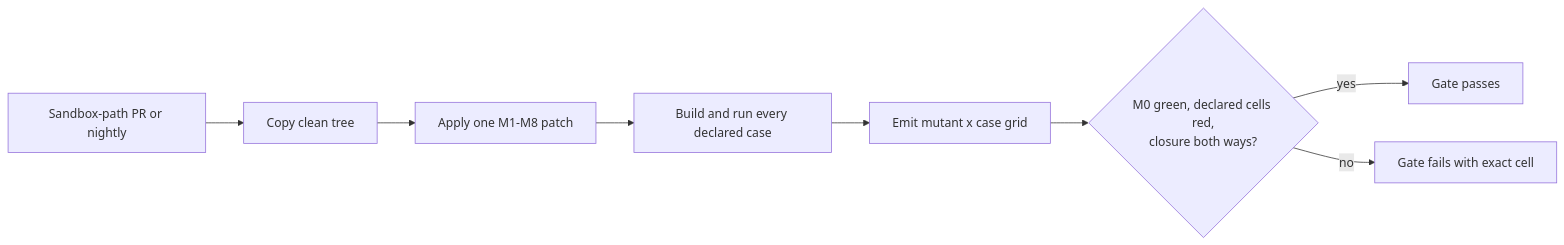
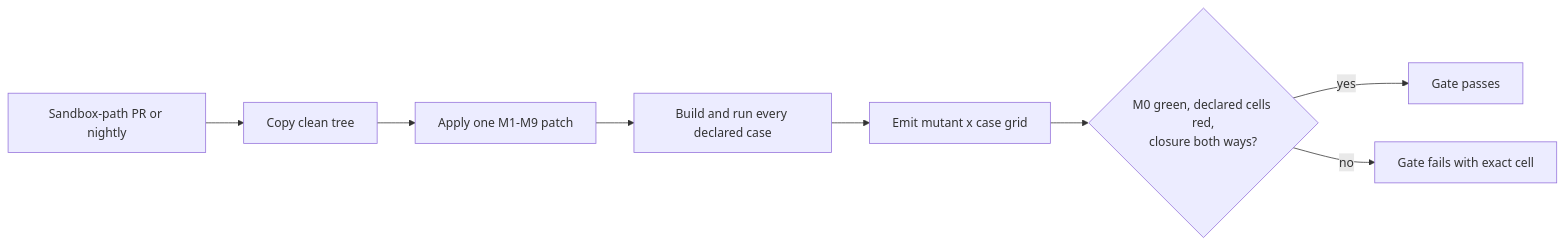
One commit to tom2025b/git-vista changed the diagram in docs/RELEASE_GATES.md. Above: the diagram before and after it, drawn with Mermaid. The commit also changed other lines of this file and 5 other files, not shown here.

````diff
--- a/docs/RELEASE_GATES.md
+++ b/docs/RELEASE_GATES.md
@@ -464,10 +464,10 @@
 ```mermaid
 flowchart LR
     T[Sandbox-path PR or nightly] --> C[Copy clean tree]
-    C --> M[Apply one M1-M8 patch]
+    C --> M[Apply one M1-M9 patch]
     M --> B[Build and run every declared case]
     B --> G[Emit mutant x case grid]
     G --> A{M0 green, declared cells red,<br/>closure both ways?}
     A -->|yes| P[Gate passes]
     A -->|no| F[Gate fails with exact cell]
 ```
````
